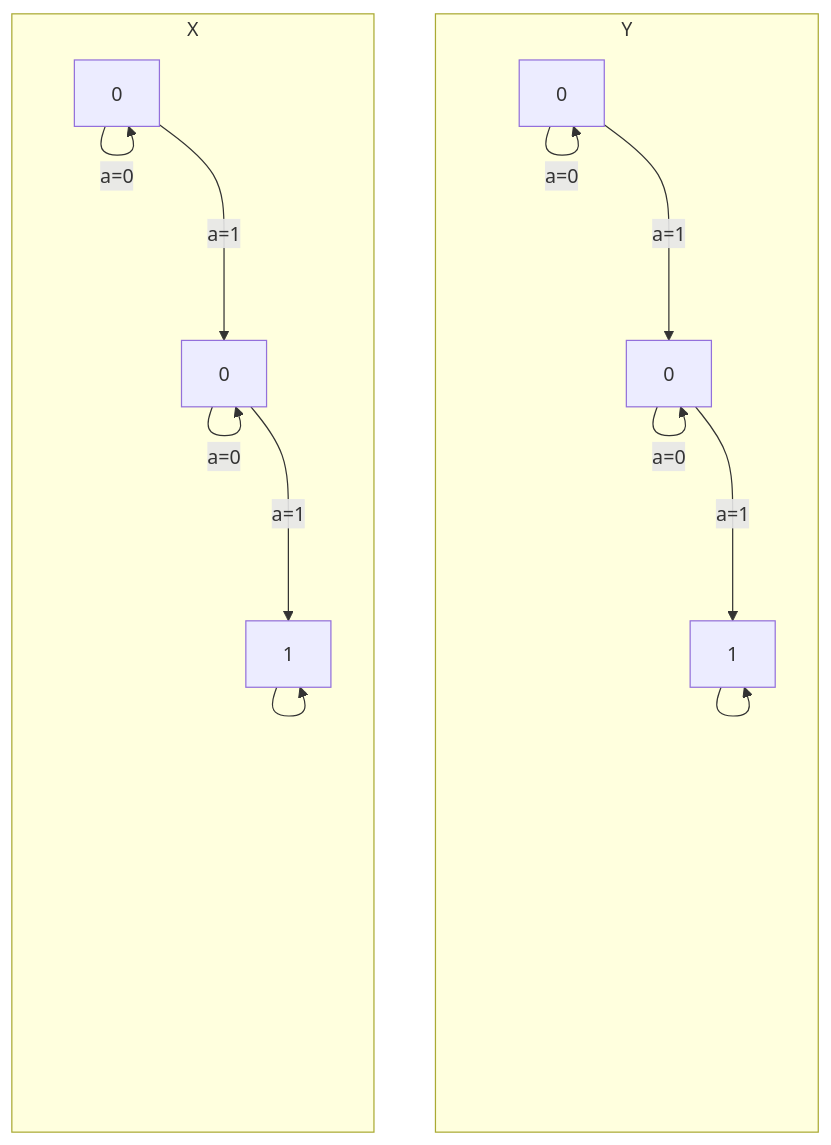
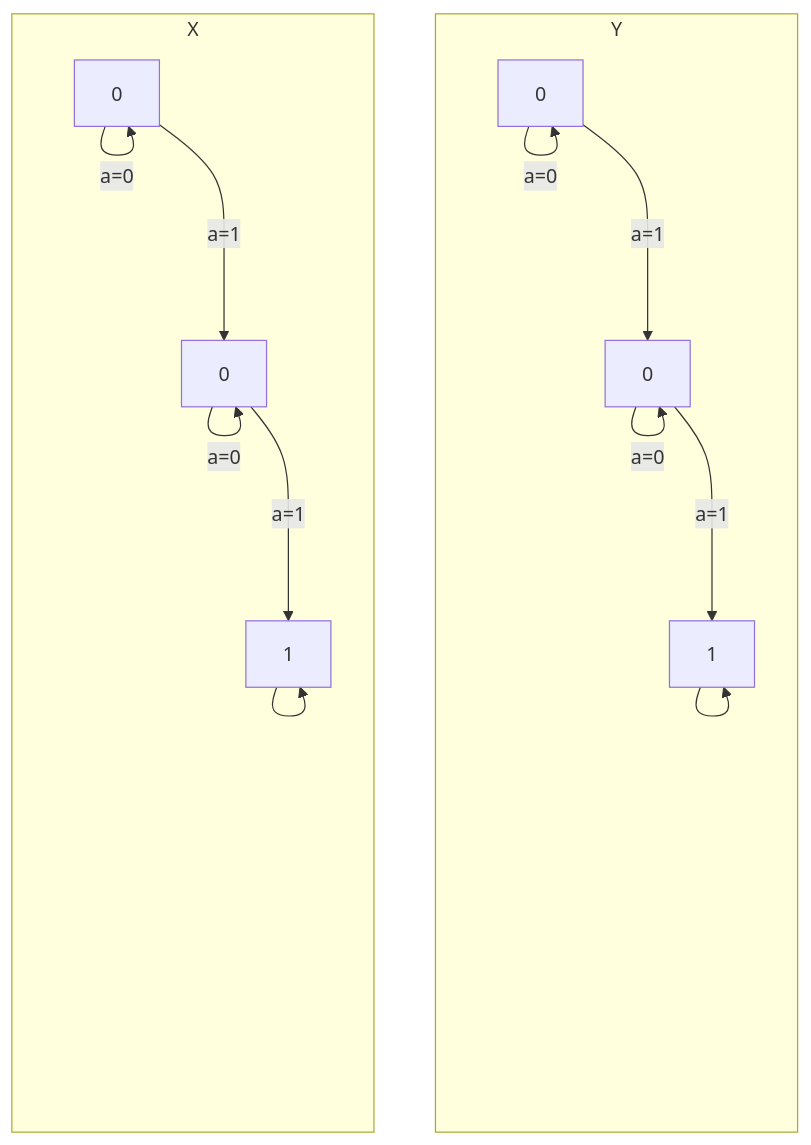
The diagram in CSDS 281 - Logic Design/HW/8/Tables.md (tnichols217/notes), drawn with Mermaid before and after one commit.

Commit message:
vault backup: 2024-04-03 21:58:54

````diff
--- a/CSDS 281 - Logic Design/HW/8/Tables.md
+++ b/CSDS 281 - Logic Design/HW/8/Tables.md
@@ -1,18 +1,18 @@
 ```mermaid
 flowchart LR
 subgraph X
 01x[0] --->|a=0| 01x
 01x --->|a=1| 02x[0]
 02x --->|a=0| 02x
 02x --->|a=1| 1x[1]
 1x ---> 1x
 end
 X ~~~ Y
 subgraph Y
-01[0] --->|a=0| 01
-01 --->|a=1| 02[0]
-02 --->|a=0| 02
-02 --->|a=1| 1
-1 ---> 1
+01y[0] --->|a=0| 01y
+01y --->|a=1| 02y[0]
+02y --->|a=0| 02y
+02y --->|a=1| 1y[1]
+1y ---> 1y
 end
 ```
````
